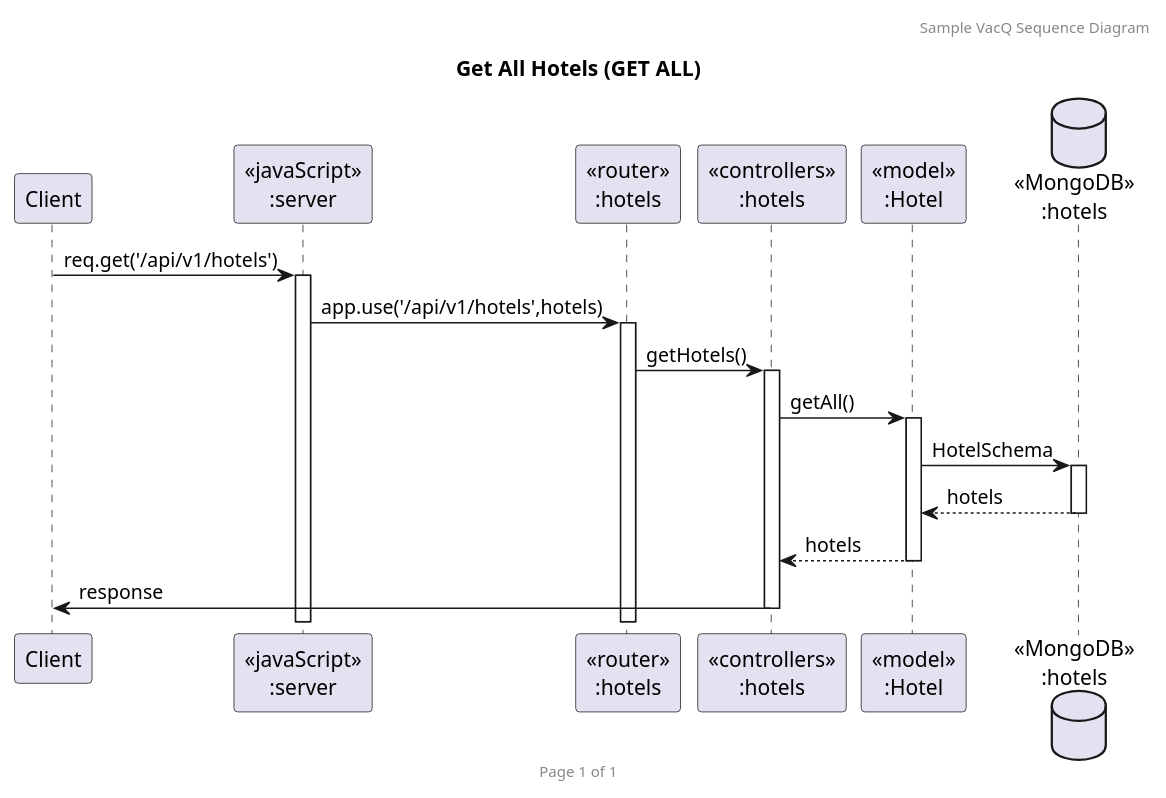
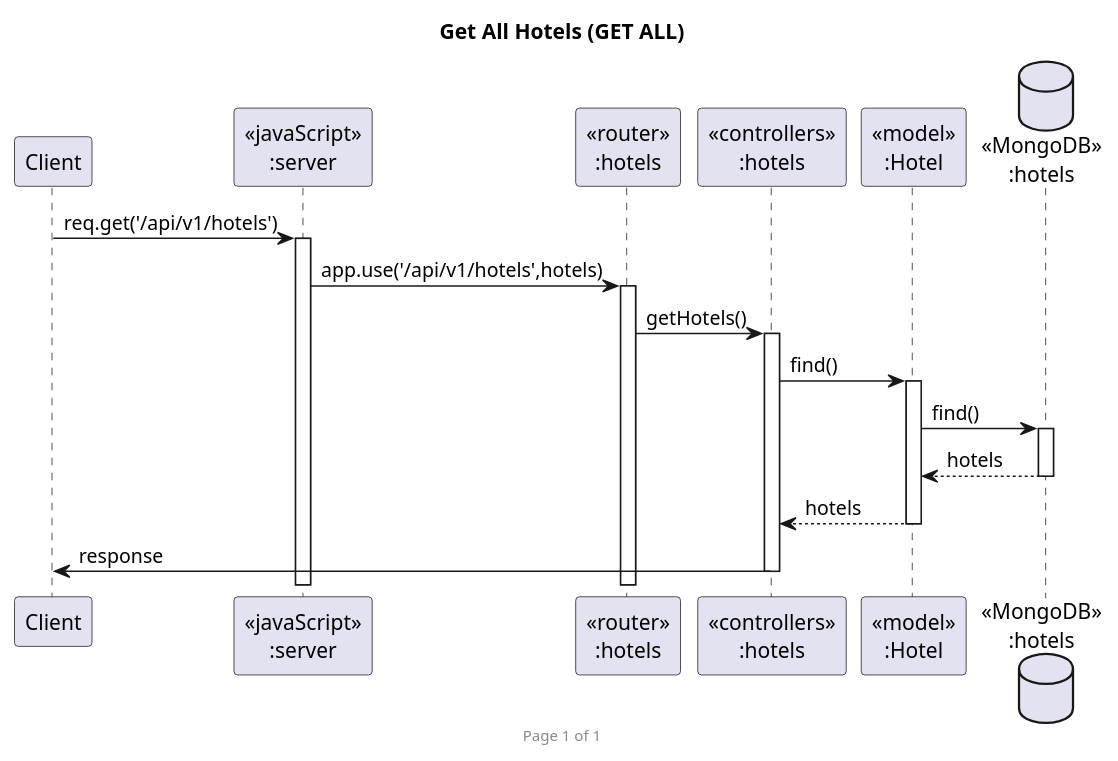
One commit to n0n7/SWDev_Final changed the diagram in diagram/sequence/hotels/hotelGETALL/hotelGETALL.puml. Above: the diagram before and after it, drawn with PlantUML. The commit also changed 16 other files, not shown here.

Commit message:
update auth sequence diagram

```diff
--- a/diagram/sequence/hotels/hotelGETALL/hotelGETALL.puml
+++ b/diagram/sequence/hotels/hotelGETALL/hotelGETALL.puml
@@ -1,23 +1,22 @@
 @startuml Get All Hotels (GET ALL)
 
-header Sample VacQ Sequence Diagram
 footer Page %page% of %lastpage%
 title "Get All Hotels (GET ALL)"
 
 participant "Client" as client
 participant "<<javaScript>>\n:server" as server
 participant "<<router>>\n:hotels" as routerHotels
 participant "<<controllers>>\n:hotels" as controllersHotels
 participant "<<model>>\n:Hotel" as modelHotel
 database "<<MongoDB>>\n:hotels" as HotelsDatabase
 
 client->server ++:req.get('/api/v1/hotels')
 server->routerHotels ++:app.use('/api/v1/hotels',hotels)
 routerHotels -> controllersHotels ++:getHotels()
-controllersHotels->modelHotel ++:getAll()
-modelHotel ->HotelsDatabase ++: HotelSchema
+controllersHotels->modelHotel ++:find()
+modelHotel ->HotelsDatabase ++: find()
 HotelsDatabase --> modelHotel --: hotels
 controllersHotels <-- modelHotel --:hotels
 controllersHotels->client --:response
 
 @enduml
```
